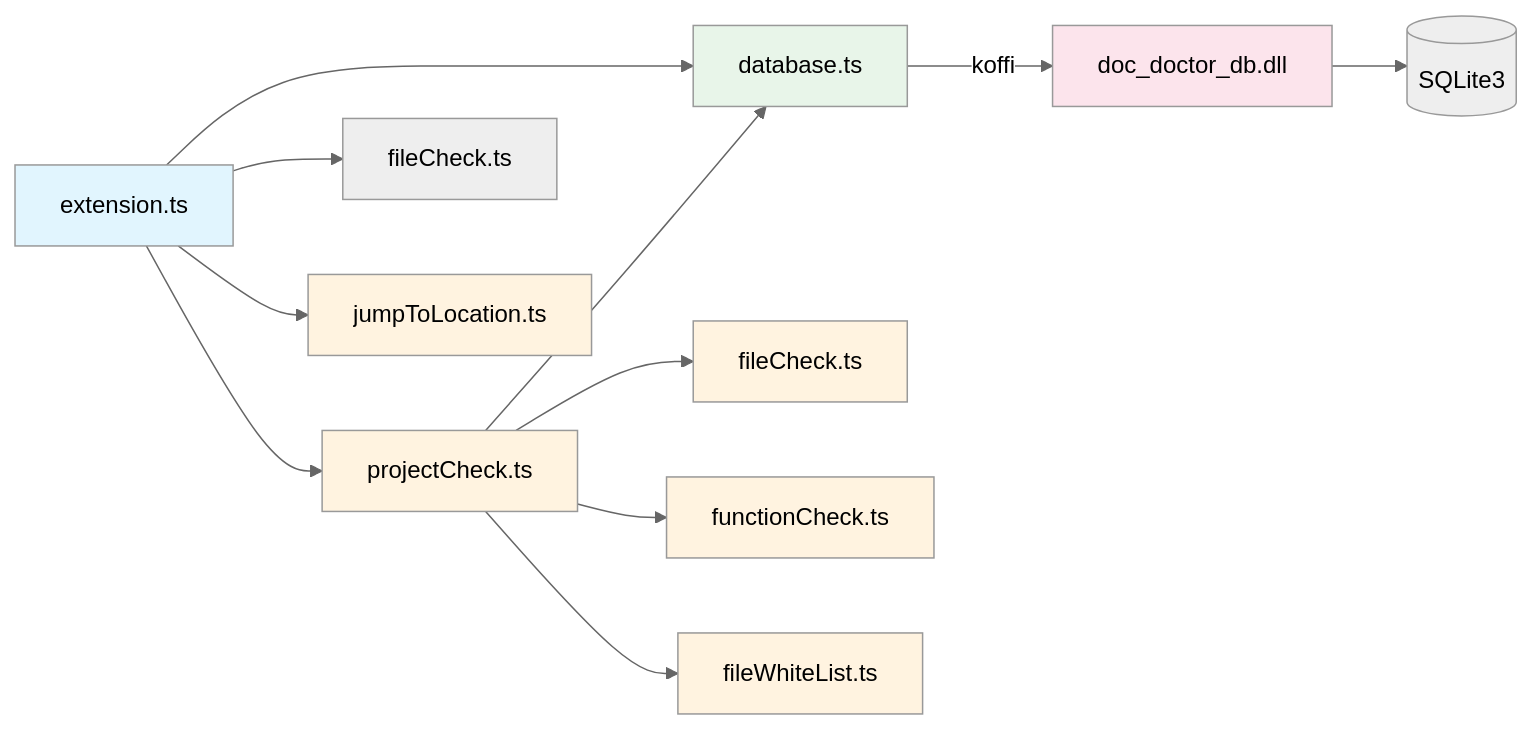
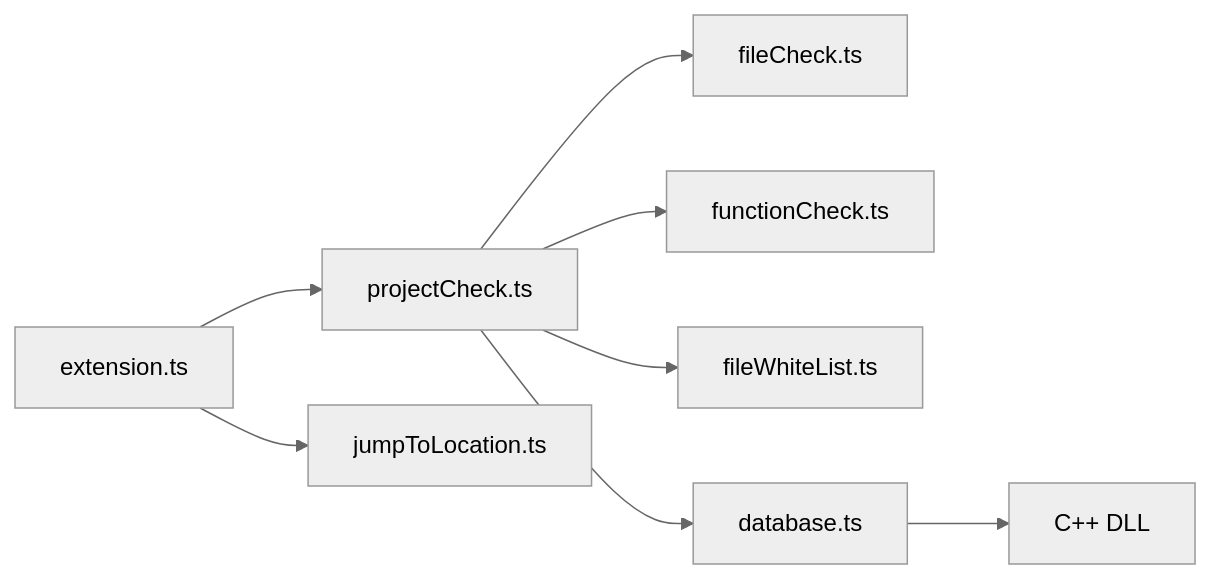
One commit to Aldebaran638/Doc-Doctor changed the third of 9 diagrams in RequirementDocument/设计文档.md. Above: the diagram before and after it, drawn with Mermaid (neutral theme). The commit also changed other lines of this file, not shown here.

````diff
--- a/RequirementDocument/设计文档.md
+++ b/RequirementDocument/设计文档.md
@@ -125,24 +87,10 @@
 ```mermaid
 graph LR
     EXT[extension.ts] --> PC[projectCheck.ts]
-    EXT --> FC_CMD[fileCheck.ts]
     EXT --> JL[jumpToLocation.ts]
-    EXT --> DB[database.ts]
-    
     PC --> FC[fileCheck.ts]
     PC --> FN[functionCheck.ts]
     PC --> WL[fileWhiteList.ts]
-    PC --> DB
-    
-    DB --> |koffi| DLL[doc_doctor_db.dll]
-    DLL --> SQLite[(SQLite3)]
-    
-    style EXT fill:#e1f5fe
-    style PC fill:#fff3e0
-    style FC fill:#fff3e0
-    style FN fill:#fff3e0
-    style WL fill:#fff3e0
-    style JL fill:#fff3e0
-    style DB fill:#e8f5e9
-    style DLL fill:#fce4ec
+    PC --> DB[database.ts]
+    DB --> DLL[C++ DLL]
 ```
````
